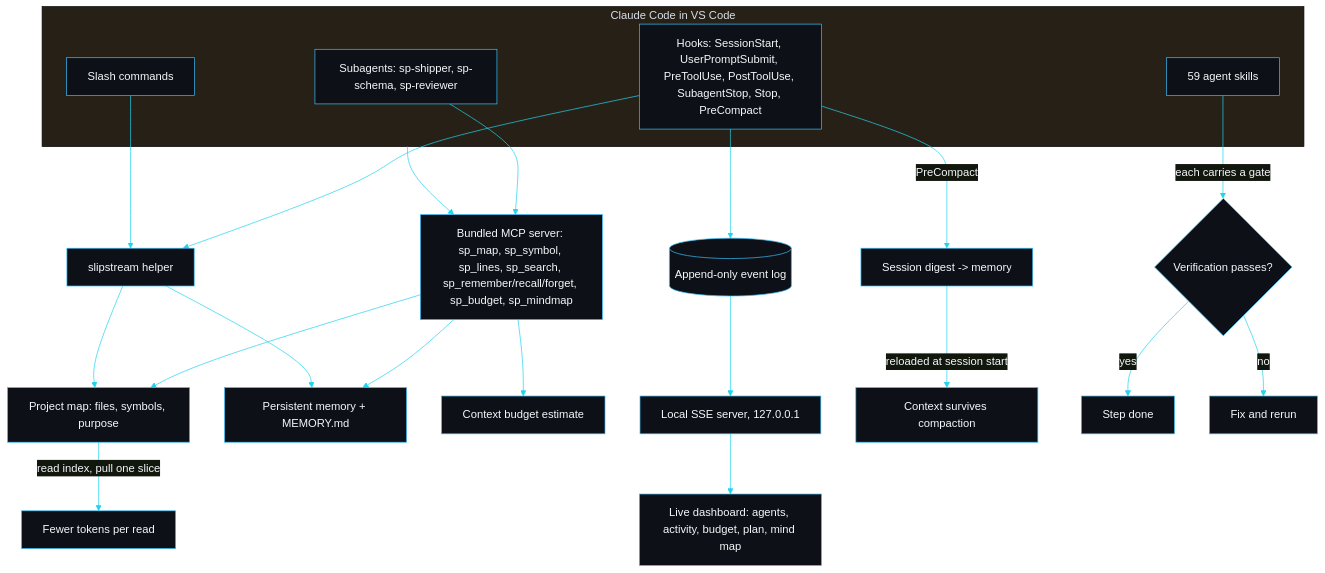
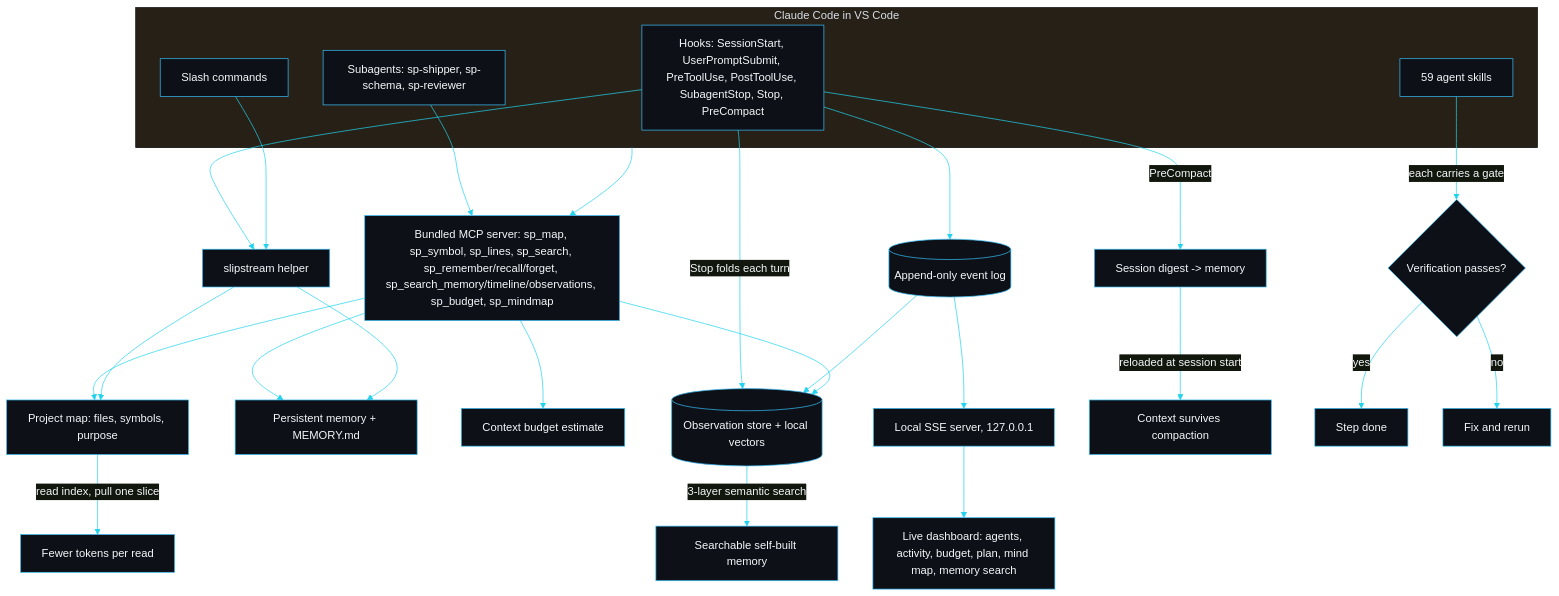
One commit to sarmakska/slipstream changed the diagram in README.md. Above: the diagram before and after it, drawn with Mermaid. The commit also changed other lines of this file and 29 other files, not shown here.

First line of the commit message:
feat(memory): self-building observation memory with local semantic search

````diff
--- a/README.md
+++ b/README.md
@@ -176,31 +192,35 @@
 ```mermaid
 %%{init: {'theme':'base','themeVariables':{'primaryColor':'#0d1117','primaryTextColor':'#f5f7fa','primaryBorderColor':'#38bdf8','lineColor':'#22d3ee','fontFamily':'monospace'}}}%%
 flowchart TD
   subgraph CC[Claude Code in VS Code]
     Hooks[Hooks: SessionStart, UserPromptSubmit, PreToolUse, PostToolUse, SubagentStop, Stop, PreCompact]
     Cmds[Slash commands]
     Skills[59 agent skills]
     Agents[Subagents: sp-shipper, sp-schema, sp-reviewer]
   end
 
-  CC --> MCP[Bundled MCP server: sp_map, sp_symbol, sp_lines, sp_search, sp_remember/recall/forget, sp_budget, sp_mindmap]
+  CC --> MCP[Bundled MCP server: sp_map, sp_symbol, sp_lines, sp_search, sp_remember/recall/forget, sp_search_memory/timeline/observations, sp_budget, sp_mindmap]
   Hooks --> Helper[slipstream helper]
   Cmds --> Helper
   Agents --> MCP
 
   MCP --> Map[Project map: files, symbols, purpose]
   Helper --> Map
   MCP --> Mem[Persistent memory + MEMORY.md]
   Helper --> Mem
   MCP --> Budget[Context budget estimate]
   Hooks -->|PreCompact| Digest[Session digest -> memory]
   Hooks --> Log[(Append-only event log)]
+  Hooks -->|Stop folds each turn| Obs[(Observation store + local vectors)]
+  Log --> Obs
+  MCP --> Obs
+  Obs -->|3-layer semantic search| Recall2[Searchable self-built memory]
   Log --> Server[Local SSE server, 127.0.0.1]
-  Server --> UI[Live dashboard: agents, activity, budget, plan, mind map]
+  Server --> UI[Live dashboard: agents, activity, budget, plan, mind map, memory search]
 
   Map -->|read index, pull one slice| Tokens[Fewer tokens per read]
   Digest -->|reloaded at session start| Survive[Context survives compaction]
   Skills -->|each carries a gate| Gate{Verification passes?}
   Gate -->|yes| Done[Step done]
   Gate -->|no| Fix[Fix and rerun]
 ```
````
